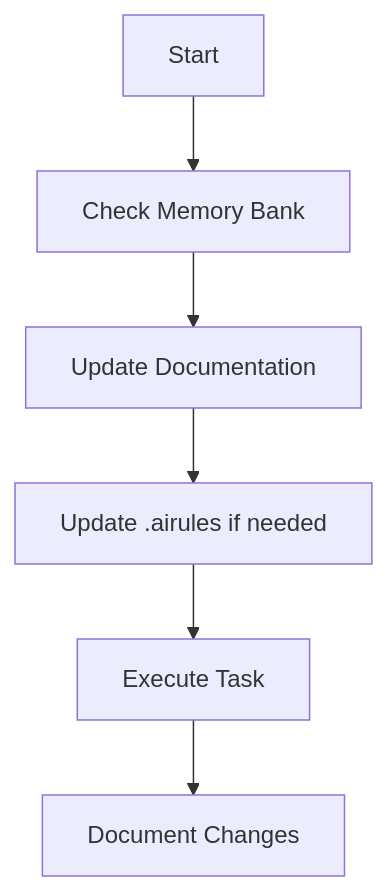
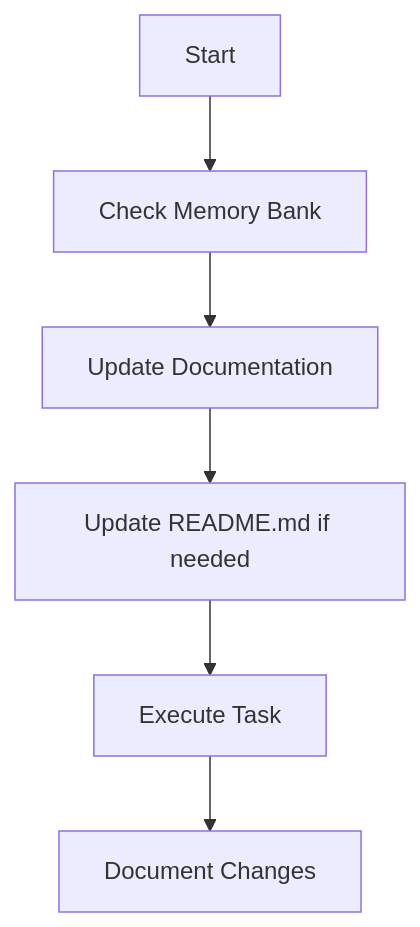
The third of 5 diagrams in .memory-bank/memory-bank-rules.md (raainio/raain-model), drawn with Mermaid before and after one commit. The commit also changed other lines of this file and 20 other files, not shown here.

````diff
--- a/.memory-bank/memory-bank-rules.md
+++ b/.memory-bank/memory-bank-rules.md
@@ -93,8 +99,8 @@
 ```mermaid
 flowchart TD
     Start[Start] --> Context[Check Memory Bank]
     Context --> Update[Update Documentation]
-    Update --> Rules[Update .airules if needed]
+    Update --> Rules[Update README.md if needed]
     Rules --> Execute[Execute Task]
     Execute --> Document[Document Changes]
 ```
````
